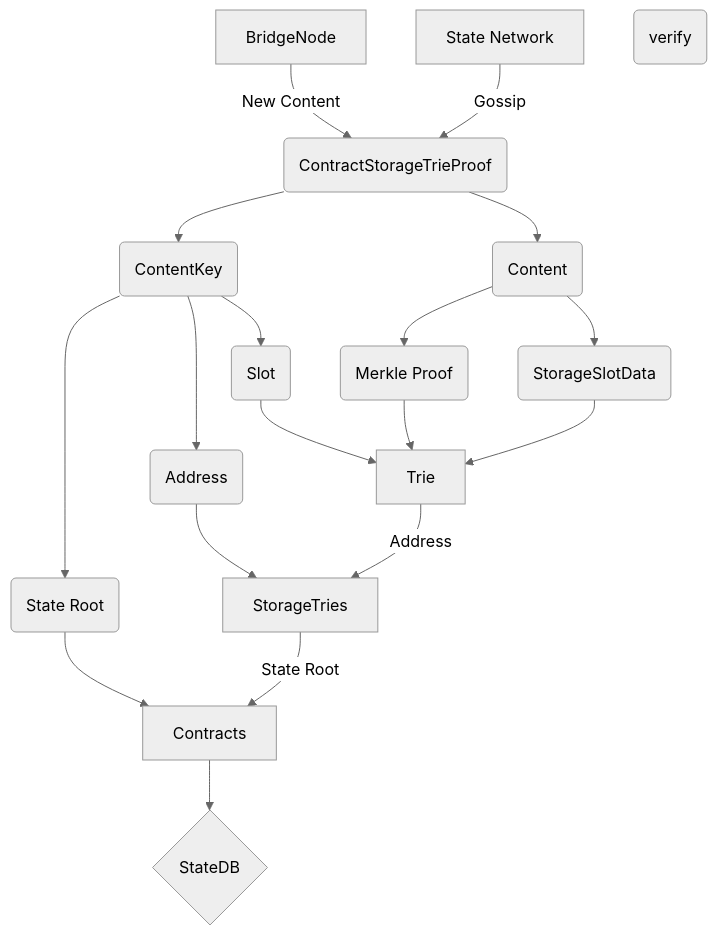
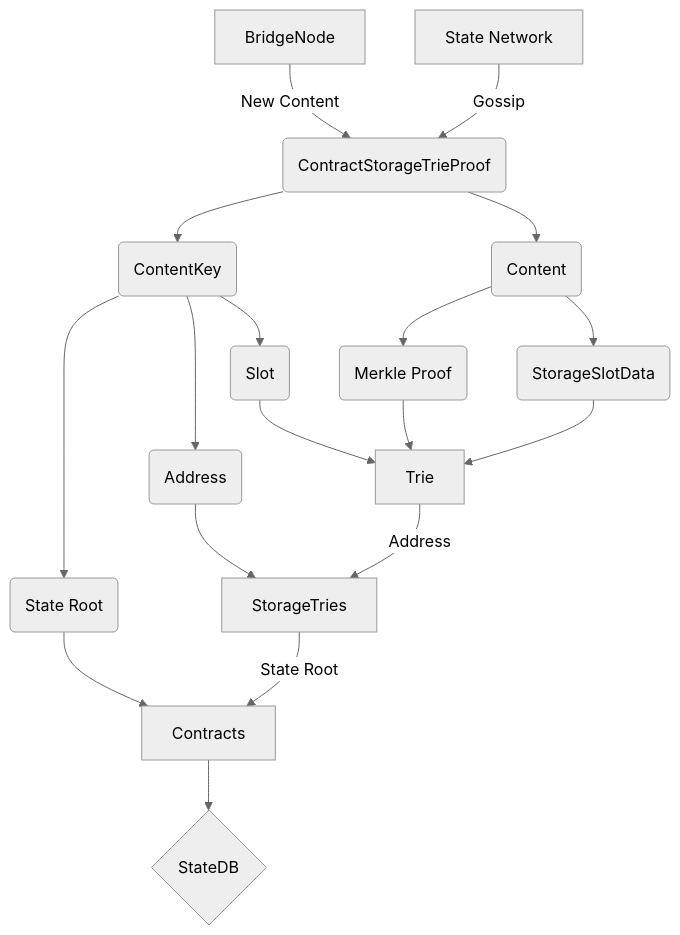
The third of 4 diagrams in packages/portalnetwork/diagrams/STATE_DB.md (ethereumjs/ultralight), drawn with Mermaid (neutral theme) before and after one commit. The commit also changed other lines of this file, not shown here.

Commit message:
update diagram

````diff
--- a/packages/portalnetwork/diagrams/STATE_DB.md
+++ b/packages/portalnetwork/diagrams/STATE_DB.md
@@ -83,28 +79,27 @@
 ```mermaid
 flowchart TD
     Bridge[BridgeNode]
     Network[State Network]
     StateDB{StateDB}
     ACC(StorageSlotData)
     PROOF(Merkle Proof)
-    VALID(verify)
     ATP(ContractStorageTrieProof)
     Bridge -->|New Content| ATP
     Network -->|Gossip| ATP
     ATP --> KEY(ContentKey)
     ATP --> CON(Content)
     KEY --> ROOT(State Root)
     KEY --> ADD(Address)
     KEY --> SLOT(Slot)
     ROOT --> Contracts
 
     CON --> PROOF
     CON --> ACC
     Contracts[Contracts] --> StateDB
     Subs[StorageTries]  --> |State Root| Contracts
     Trie[Trie]--> |Address| Subs 
     SLOT --> Trie
     PROOF --> Trie
     ACC --> Trie
     ADD --> Subs
 ```
````
